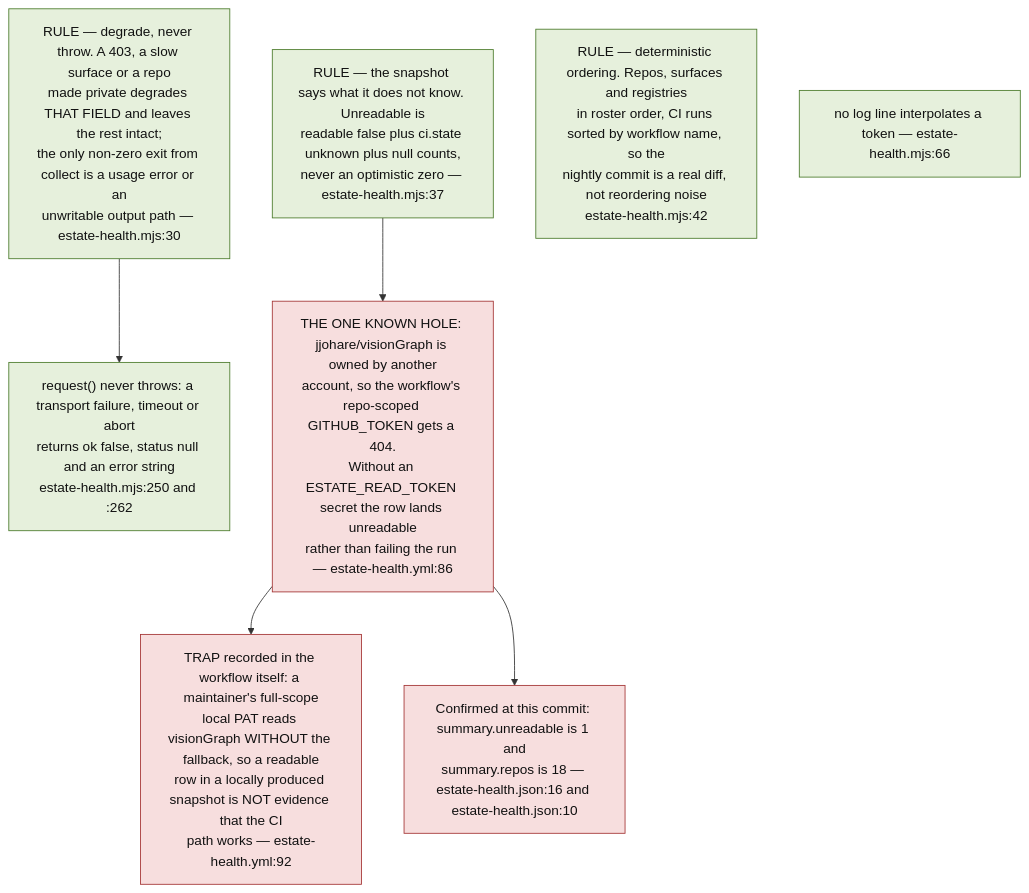
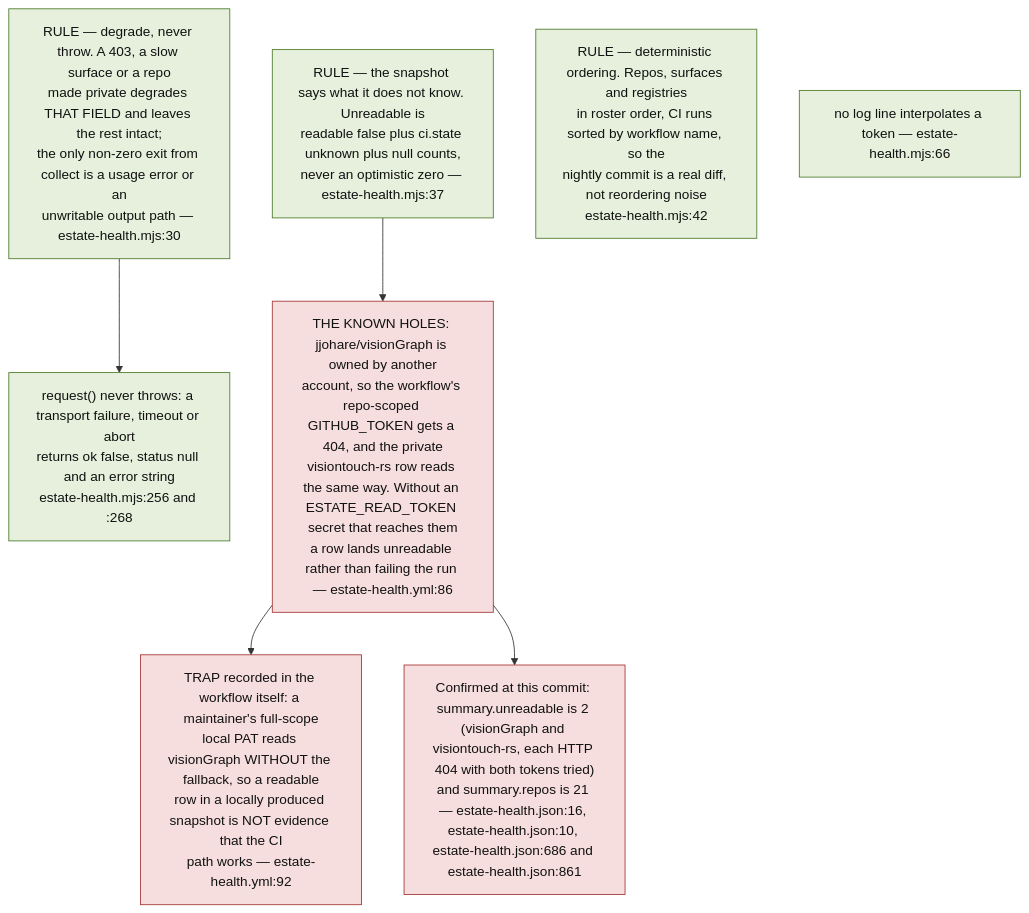
Before and after one commit to DreamLab-AI/VisionFlow: the fifth of 9 diagrams in docs/diagrams/visionflow/03-estate-health.md, drawn with Mermaid. The commit also changed other lines of this file and 49 other files, not shown here.

First line of the commit message:
docs(diagrams): re-derive and re-stamp VisionClaw, estate, knowledge-graph, visionGraph, VisionFlow and sidestr topics

````diff
--- a/docs/diagrams/visionflow/03-estate-health.md
+++ b/docs/diagrams/visionflow/03-estate-health.md
@@ -172,20 +175,20 @@
 ```mermaid
 flowchart TB
     classDef rule fill:#e6f0dc,stroke:#4a7a2a,color:#111
     classDef bad fill:#f7dede,stroke:#a33333,color:#111
 
     R1["RULE — degrade, never throw. A 403, a slow surface or a repo<br/>made private degrades THAT FIELD and leaves the rest intact;<br/>the only non-zero exit from collect is a usage error or an<br/>unwritable output path — estate-health.mjs:30"]:::rule
     R2["RULE — the snapshot says what it does not know. Unreadable is<br/>readable false plus ci.state unknown plus null counts,<br/>never an optimistic zero — estate-health.mjs:37"]:::rule
     R3["RULE — deterministic ordering. Repos, surfaces and registries<br/>in roster order, CI runs sorted by workflow name, so the<br/>nightly commit is a real diff, not reordering noise<br/>estate-health.mjs:42"]:::rule
 
-    MECH["request() never throws: a transport failure, timeout or abort<br/>returns ok false, status null and an error string<br/>estate-health.mjs:250 and :262"]:::rule
+    MECH["request() never throws: a transport failure, timeout or abort<br/>returns ok false, status null and an error string<br/>estate-health.mjs:256 and :268"]:::rule
     R1 --> MECH
     NOTOK["no log line interpolates a token — estate-health.mjs:66"]:::rule
 
-    HOLE["THE ONE KNOWN HOLE: jjohare/visionGraph is owned by another<br/>account, so the workflow's repo-scoped GITHUB_TOKEN gets a 404.<br/>Without an ESTATE_READ_TOKEN secret the row lands unreadable<br/>rather than failing the run — estate-health.yml:86"]:::bad
+    HOLE["THE KNOWN HOLES: jjohare/visionGraph is owned by another<br/>account, so the workflow's repo-scoped GITHUB_TOKEN gets a 404, and the private<br/>visiontouch-rs row reads the same way. Without an ESTATE_READ_TOKEN secret that reaches them<br/>a row lands unreadable rather than failing the run — estate-health.yml:86"]:::bad
     R2 --> HOLE
     TRAP["TRAP recorded in the workflow itself: a maintainer's full-scope<br/>local PAT reads visionGraph WITHOUT the fallback, so a readable<br/>row in a locally produced snapshot is NOT evidence that the CI<br/>path works — estate-health.yml:92"]:::bad
     HOLE --> TRAP
-    LIVE["Confirmed at this commit: summary.unreadable is 1 and<br/>summary.repos is 18 — estate-health.json:16 and estate-health.json:10"]:::bad
+    LIVE["Confirmed at this commit: summary.unreadable is 2 (visionGraph and visiontouch-rs, each HTTP 404 with both tokens tried)<br/>and summary.repos is 21 — estate-health.json:16, estate-health.json:10, estate-health.json:686 and estate-health.json:861"]:::bad
     HOLE --> LIVE
 ```
````
